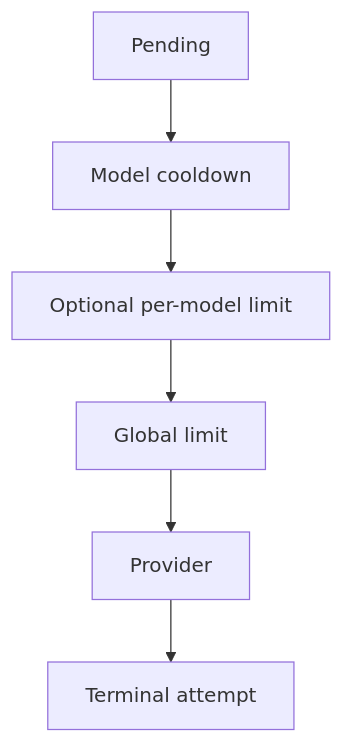
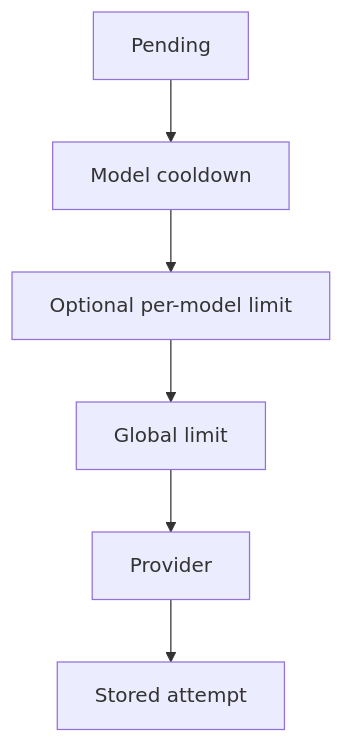
Before and after one commit to maximilian-armuss-dev/frabble: the diagram in docs/evaluation/model-execution.md, drawn with Mermaid. The commit also changed other lines of this file and 22 other files, not shown here.

````diff
--- a/docs/evaluation/model-execution.md
+++ b/docs/evaluation/model-execution.md
@@ -7,8 +7,8 @@
 ```mermaid
 flowchart TD
     Pending --> Cooldown["Model cooldown"]
     Cooldown --> ModelLimit["Optional per-model limit"]
     ModelLimit --> GlobalLimit["Global limit"]
     GlobalLimit --> Provider
-    Provider --> Attempt["Terminal attempt"]
+    Provider --> Attempt["Stored attempt"]
 ```
````
